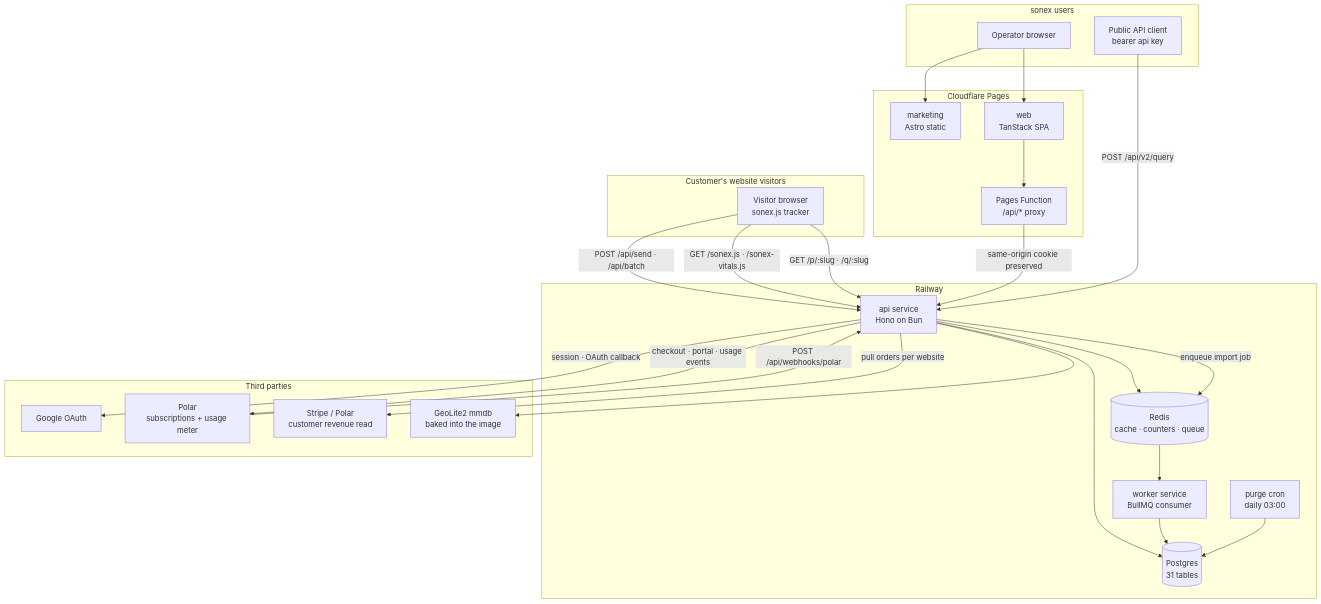
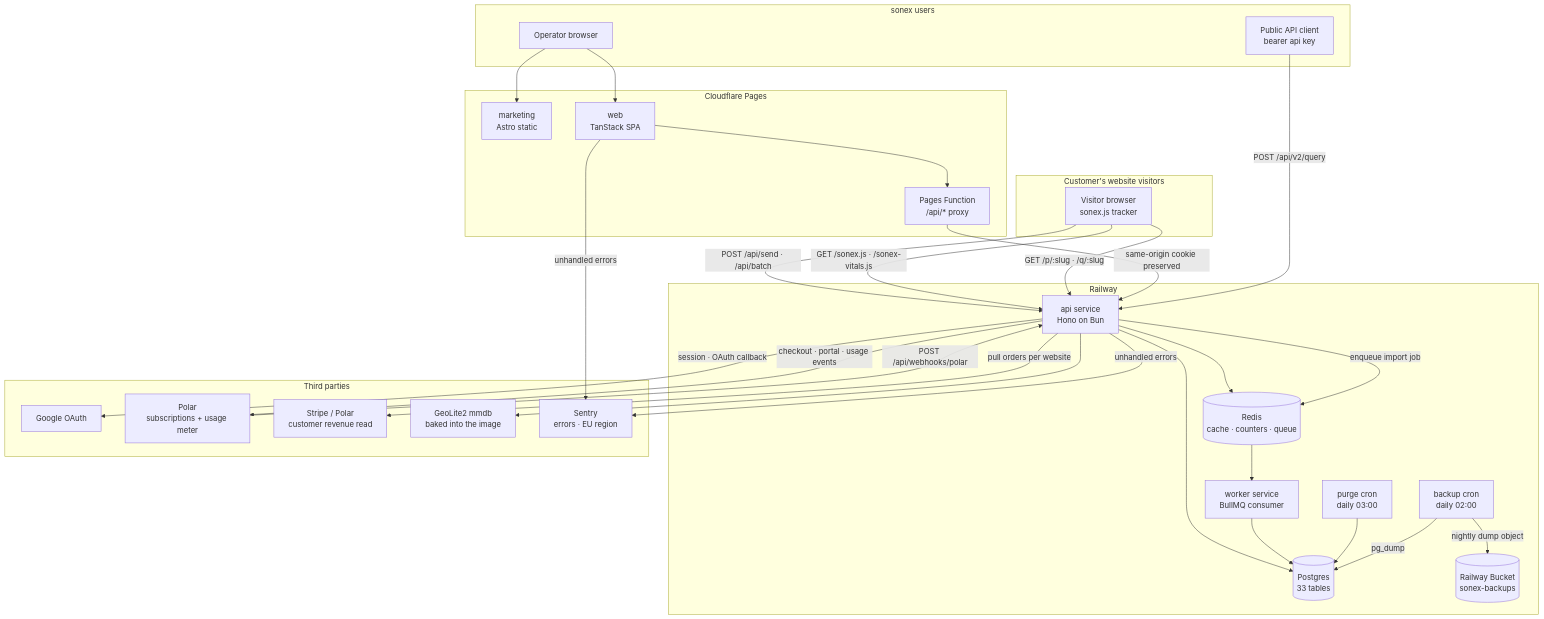
One commit to souravsspace/sonex-architecture.md changed the first of 11 diagrams in README.md. Above: the diagram before and after it, drawn with Mermaid. The commit also changed other lines of this file, not shown here.

````diff
--- a/README.md
+++ b/README.md
@@ -59,53 +59,60 @@
 ```mermaid
 graph TB
     subgraph visitors["Customer's website visitors"]
         V["Visitor browser<br/>sonex.js tracker"]
     end
     subgraph operators["sonex users"]
         U["Operator browser"]
         API_C["Public API client<br/>bearer api key"]
     end
 
     subgraph cf["Cloudflare Pages"]
         MKT["marketing<br/>Astro static"]
         WEB["web<br/>TanStack SPA"]
         FN["Pages Function<br/>/api/* proxy"]
     end
 
     subgraph railway["Railway"]
         APIS["api service<br/>Hono on Bun"]
         WRK["worker service<br/>BullMQ consumer"]
         PRG["purge cron<br/>daily 03:00"]
-        PG[("Postgres<br/>31 tables")]
+        BKP["backup cron<br/>daily 02:00"]
+        PG[("Postgres<br/>33 tables")]
         RD[("Redis<br/>cache · counters · queue")]
+        BUK[("Railway Bucket<br/>sonex-backups")]
     end
 
     subgraph ext["Third parties"]
         GO["Google OAuth"]
         PL["Polar<br/>subscriptions + usage meter"]
         ST["Stripe / Polar<br/>customer revenue read"]
         GEO["GeoLite2 mmdb<br/>baked into the image"]
+        SEN["Sentry<br/>errors · EU region"]
     end
 
     V -->|"POST /api/send · /api/batch"| APIS
     V -->|"GET /sonex.js · /sonex-vitals.js"| APIS
     V -->|"GET /p/:slug · /q/:slug"| APIS
     U --> MKT
     U --> WEB
     WEB --> FN
     FN -->|"same-origin cookie preserved"| APIS
     API_C -->|"POST /api/v2/query"| APIS
 
     APIS --> PG
     APIS --> RD
     APIS --> GEO
     APIS -->|"session · OAuth callback"| GO
     APIS -->|"checkout · portal · usage events"| PL
     PL -->|"POST /api/webhooks/polar"| APIS
     APIS -->|"pull orders per website"| ST
 
     APIS -->|"enqueue import job"| RD
     RD --> WRK
     WRK --> PG
     PRG --> PG
+    BKP -->|"pg_dump"| PG
+    BKP -->|"nightly dump object"| BUK
+    APIS -->|"unhandled errors"| SEN
+    WEB -->|"unhandled errors"| SEN
 ```
````
